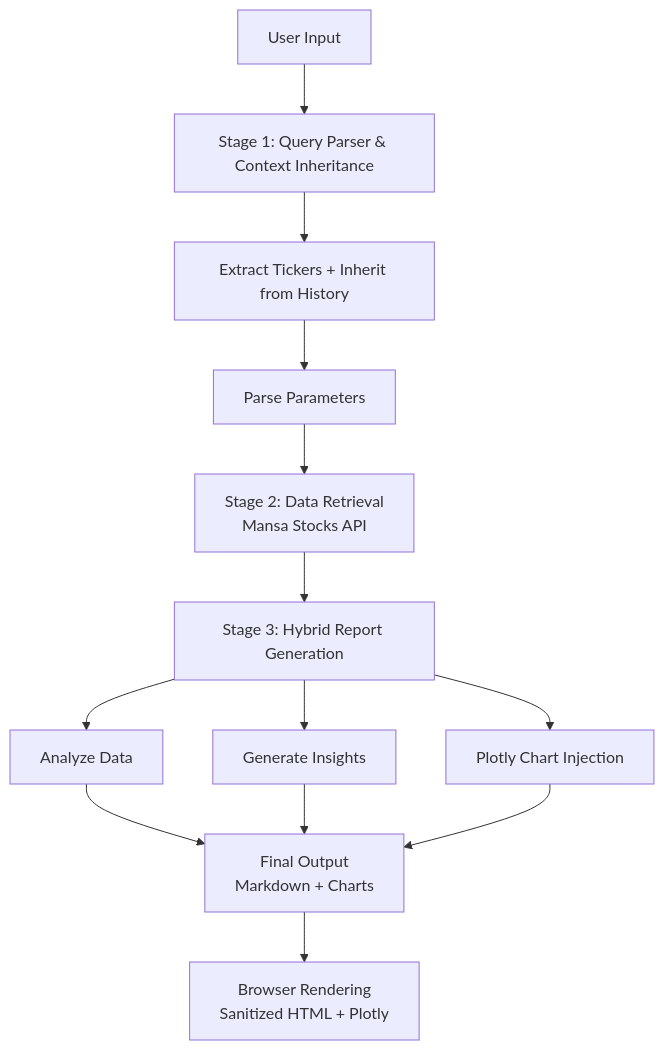
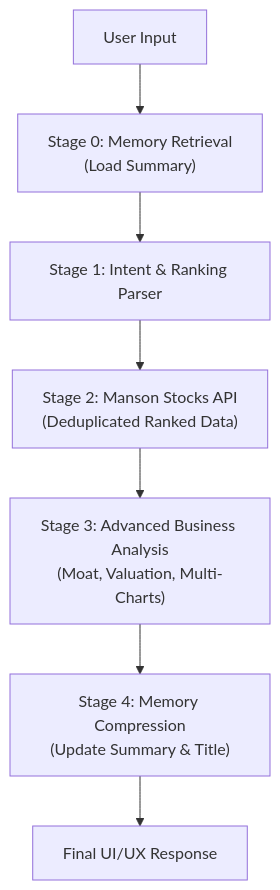
One commit to mansa-team/server changed the diagram in docs/prometheus.md. Above: the diagram before and after it, drawn with Mermaid. The commit also changed other lines of this file and 10 other files, not shown here.

Commit message:
session renaming, automatic session summary, better data handling for prometheus, making it able to make rankings without specifying a ticker and many other improvements

````diff
--- a/docs/prometheus.md
+++ b/docs/prometheus.md
@@ -60,15 +65,9 @@
 ```mermaid
 graph TD
-    A["User Input"] --> B["Stage 1: Query Parser & Context Inheritance"]
-    B --> B1["Extract Tickers + Inherit from History"]
-    B1 --> C["Parse Parameters"]
-    C --> E["Stage 2: Data Retrieval<br/>Mansa Stocks API"]
-    E --> G["Stage 3: Hybrid Report Generation"]
-    G --> H["Analyze Data"]
-    G --> I["Generate Insights"]
-    G --> J["Plotly Chart Injection"]
-    H --> K["Final Output<br/>Markdown + Charts"]
-    I --> K
-    J --> K
-    K --> L["Browser Rendering<br/>Sanitized HTML + Plotly"]
+    A["User Input"] --> S0["Stage 0: Memory Retrieval<br/>(Load Summary)"]
+    S0 --> B["Stage 1: Intent & Ranking Parser"]
+    B --> C["Stage 2: Manson Stocks API<br/>(Deduplicated Ranked Data)"]
+    C --> G["Stage 3: Advanced Business Analysis<br/>(Moat, Valuation, Multi-Charts)"]
+    G --> S4["Stage 4: Memory Compression<br/>(Update Summary & Title)"]
+    S4 --> K["Final UI/UX Response"]
 ```
````
